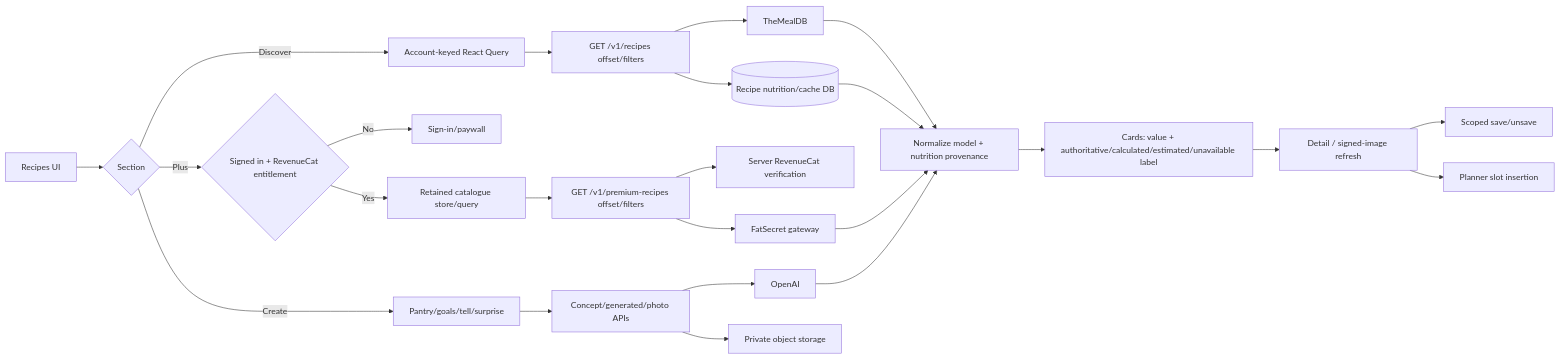
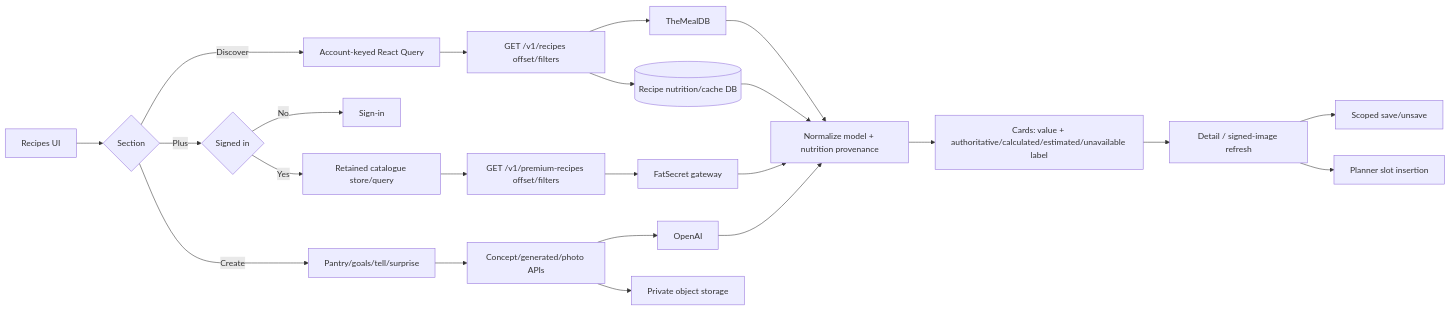
The third of 5 diagrams in 17_CALORA_COMPLETE_USER_FLOW_FORENSIC_MAP.md (atembekong-hash/Calora), drawn with Mermaid before and after one commit. The commit also changed other lines of this file and 4 other files, not shown here.

Commit message:
docs(api): align Plus signed-in access contract (#109)

````diff
--- a/17_CALORA_COMPLETE_USER_FLOW_FORENSIC_MAP.md
+++ b/17_CALORA_COMPLETE_USER_FLOW_FORENSIC_MAP.md
@@ -647,26 +647,25 @@
 ```mermaid
 flowchart LR
   U[Recipes UI] --> D{Section}
   D -->|Discover| Q1[Account-keyed React Query]
   Q1 --> R1[GET /v1/recipes offset/filters]
   R1 --> T[TheMealDB]
   R1 --> DB[(Recipe nutrition/cache DB)]
-  D -->|Plus| G{Signed in + RevenueCat entitlement}
-  G -->|No| P[Sign-in/paywall]
+  D -->|Plus| G{Signed in}
+  G -->|No| P[Sign-in]
   G -->|Yes| Q2[Retained catalogue store/query]
   Q2 --> R2[GET /v1/premium-recipes offset/filters]
-  R2 --> RC[Server RevenueCat verification]
   R2 --> F[FatSecret gateway]
   D -->|Create| C[Pantry/goals/tell/surprise]
   C --> R3[Concept/generated/photo APIs]
   R3 --> AI[OpenAI]
   R3 --> OS[Private object storage]
   T --> N[Normalize model + nutrition provenance]
   DB --> N
   F --> N
   AI --> N
   N --> CARD[Cards: value + authoritative/calculated/estimated/unavailable label]
   CARD --> DETAIL[Detail / signed-image refresh]
   DETAIL --> SAVE[Scoped save/unsave]
   DETAIL --> PLAN[Planner slot insertion]
 ```
````
